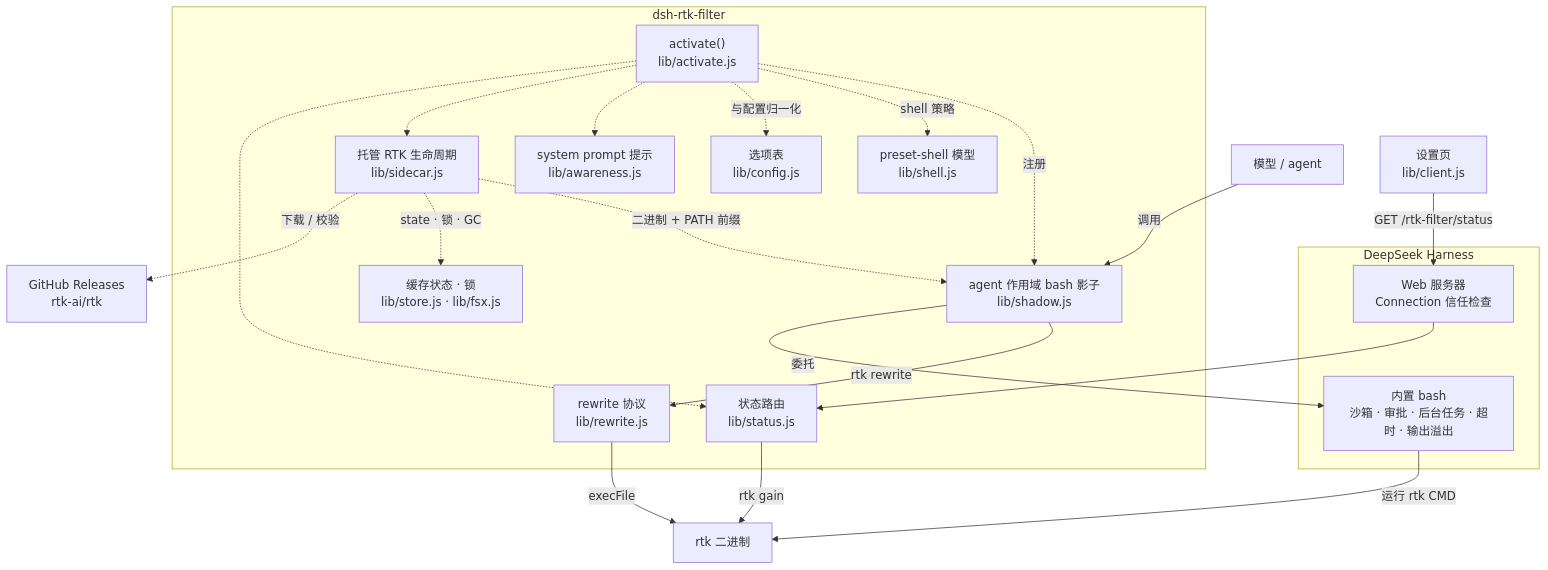
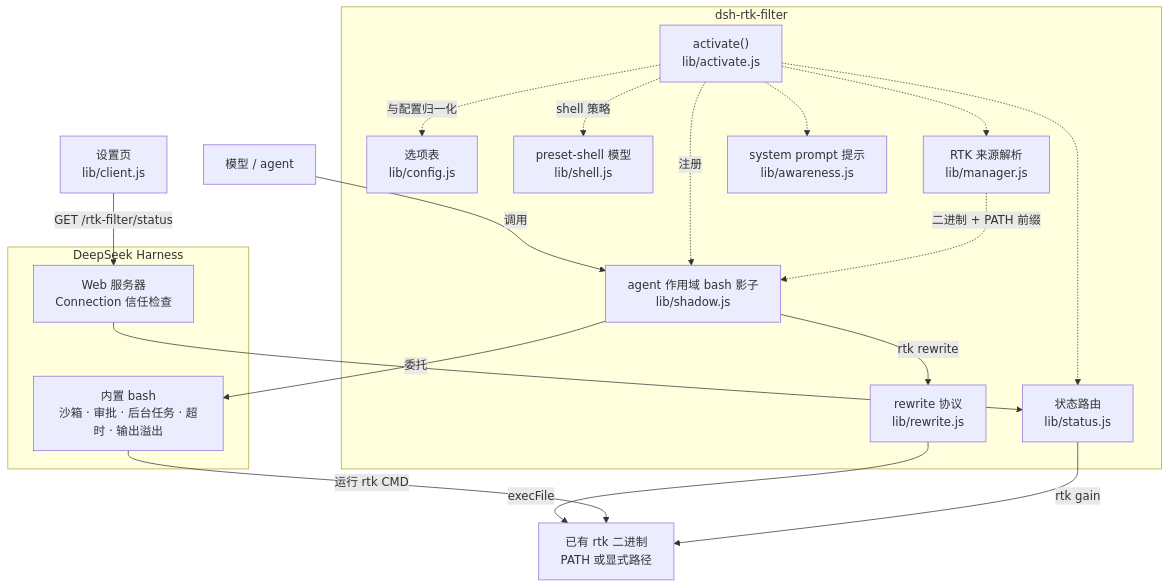
One commit to okamitimo233/dsh-rtk-filter changed the diagram in README_zh.md. Above: the diagram before and after it, drawn with Mermaid. The commit also changed other lines of this file and 34 other files, not shown here.

````diff
--- a/README_zh.md
+++ b/README_zh.md
@@ -46,41 +46,37 @@
 ```mermaid
 flowchart TB
     Model["模型 / agent"]
 
     subgraph Plugin["dsh-rtk-filter"]
         Activate["activate()<br/>lib/activate.js"]
         Config["选项表<br/>lib/config.js"]
         Shell["preset-shell 模型<br/>lib/shell.js"]
         Shadow["agent 作用域 bash 影子<br/>lib/shadow.js"]
         Rewrite["rewrite 协议<br/>lib/rewrite.js"]
-        Manager["托管 RTK 生命周期<br/>lib/sidecar.js"]
-        Store["缓存状态 · 锁<br/>lib/store.js · lib/fsx.js"]
+        Manager["RTK 来源解析<br/>lib/manager.js"]
         Prompt["system prompt 提示<br/>lib/awareness.js"]
         Status["状态路由<br/>lib/status.js"]
     end
 
     subgraph Host["DeepSeek Harness"]
         Base["内置 bash<br/>沙箱 · 审批 · 后台任务 · 超时 · 输出溢出"]
         Web["Web 服务器<br/>Connection 信任检查"]
     end
 
-    RTK["rtk 二进制"]
-    Releases["GitHub Releases<br/>rtk-ai/rtk"]
+    RTK["已有 rtk 二进制<br/>PATH 或显式路径"]
     Browser["设置页<br/>lib/client.js"]
 
     Model -->|"调用"| Shadow
     Shadow -->|"rtk rewrite"| Rewrite -->|"execFile"| RTK
     Shadow -->|"委托"| Base -->|"运行 rtk CMD"| RTK
 
     Activate -.->|"注册"| Shadow
     Activate -.->|"shell 策略"| Shell
     Activate -.->|"与配置归一化"| Config
     Activate -.-> Prompt
     Activate -.-> Manager
     Activate -.-> Status
     Manager -.->|"二进制 + PATH 前缀"| Shadow
-    Manager -.->|"state · 锁 · GC"| Store
-    Manager -.->|"下载 / 校验"| Releases
 
     Browser -->|"GET /rtk-filter/status"| Web --> Status -->|"rtk gain"| RTK
 ```
````
